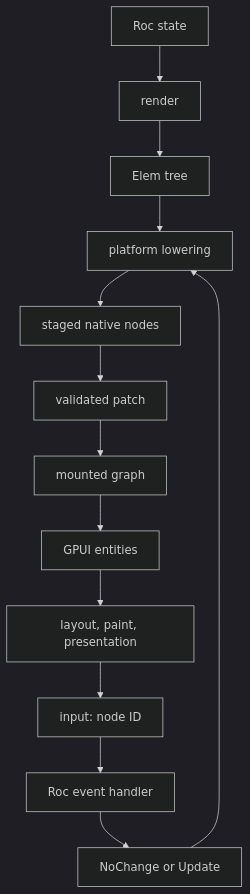
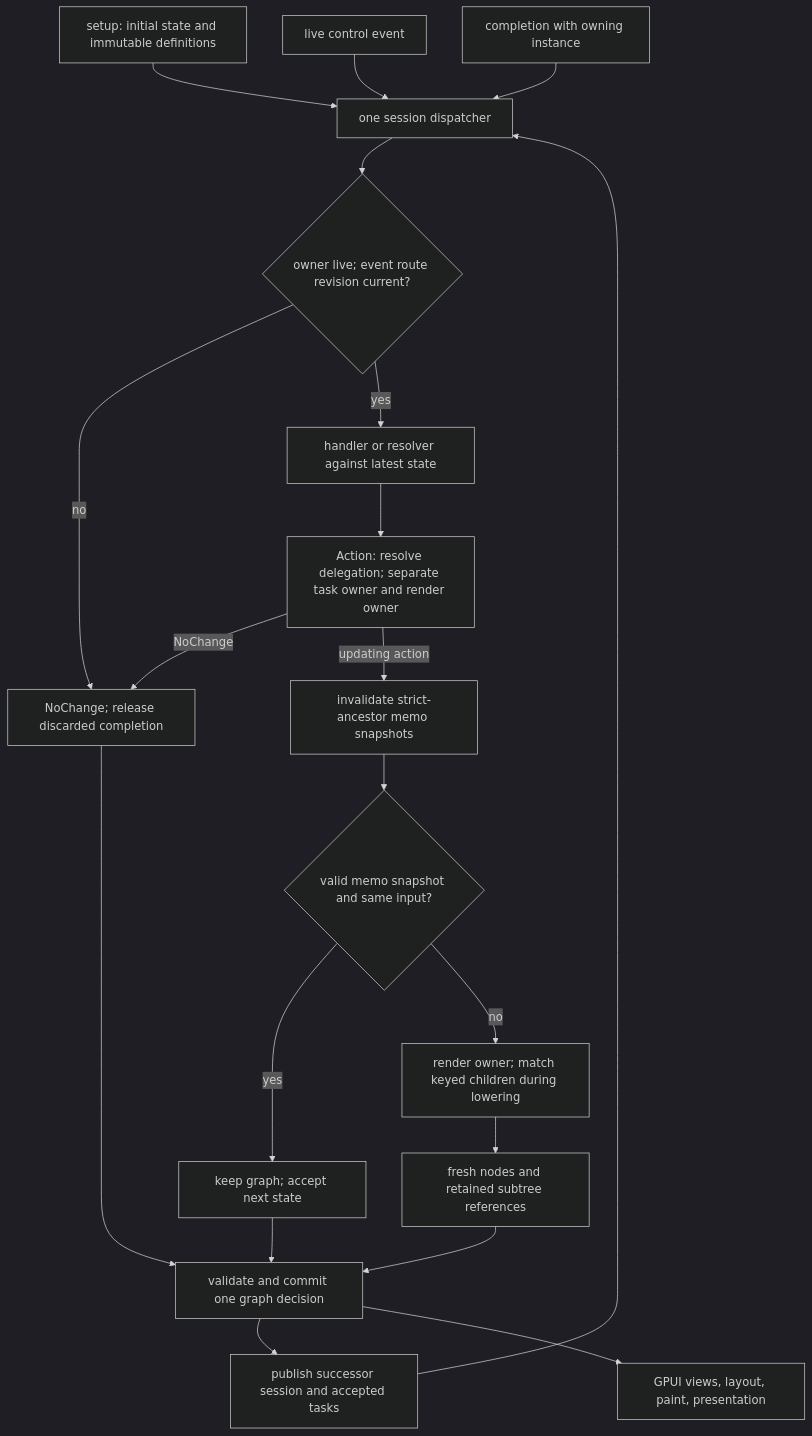
One commit to lukewilliamboswell/roc-gui changed the first of 2 diagrams in docs/architecture.adoc. Above: the diagram before and after it, drawn with Mermaid (dark theme). The commit also changed other lines of this file and 96 other files, not shown here.

Commit message:
Implement keyed Action-State components and retained graph transactions

```diff
--- a/docs/architecture.adoc
+++ b/docs/architecture.adoc
@@ -24,16 +26,23 @@
 [mermaid]
 ....
 flowchart TB
-    A["Roc state"] --> B["render"]
-    B --> C["Elem tree"]
-    C --> D["platform lowering"]
-    D --> E["staged native nodes"]
-    E --> F["validated patch"]
-    F --> G["mounted graph"]
-    G --> H["GPUI entities"]
-    H --> I["layout, paint, presentation"]
-    I --> J["input: node ID"]
-    J --> K["Roc event handler"]
-    K --> L["NoChange or Update"]
-    L --> D
+    S["setup: initial state and immutable definitions"] --> D["one session dispatcher"]
+    E["live control event"] --> D
+    T["completion with owning instance"] --> D
+    D --> L{"owner live; event route revision current?"}
+    L -->|no| N["NoChange; release discarded completion"]
+    L -->|yes| A["handler or resolver against latest state"]
+    A --> O["Action: resolve delegation; separate task owner and render owner"]
+    O -->|NoChange| N
+    O -->|updating action| I["invalidate strict-ancestor memo snapshots"]
+    I --> C{"valid memo snapshot and same input?"}
+    C -->|yes| R["keep graph; accept next state"]
+    C -->|no| V["render owner; match keyed children during lowering"]
+    V --> F["fresh nodes and retained subtree references"]
+    R --> G
+    N --> G["validate and commit one graph decision"]
+    F --> G
+    G --> P["publish successor session and accepted tasks"]
+    P --> D
+    G --> W["GPUI views, layout, paint, presentation"]
 ....
```
